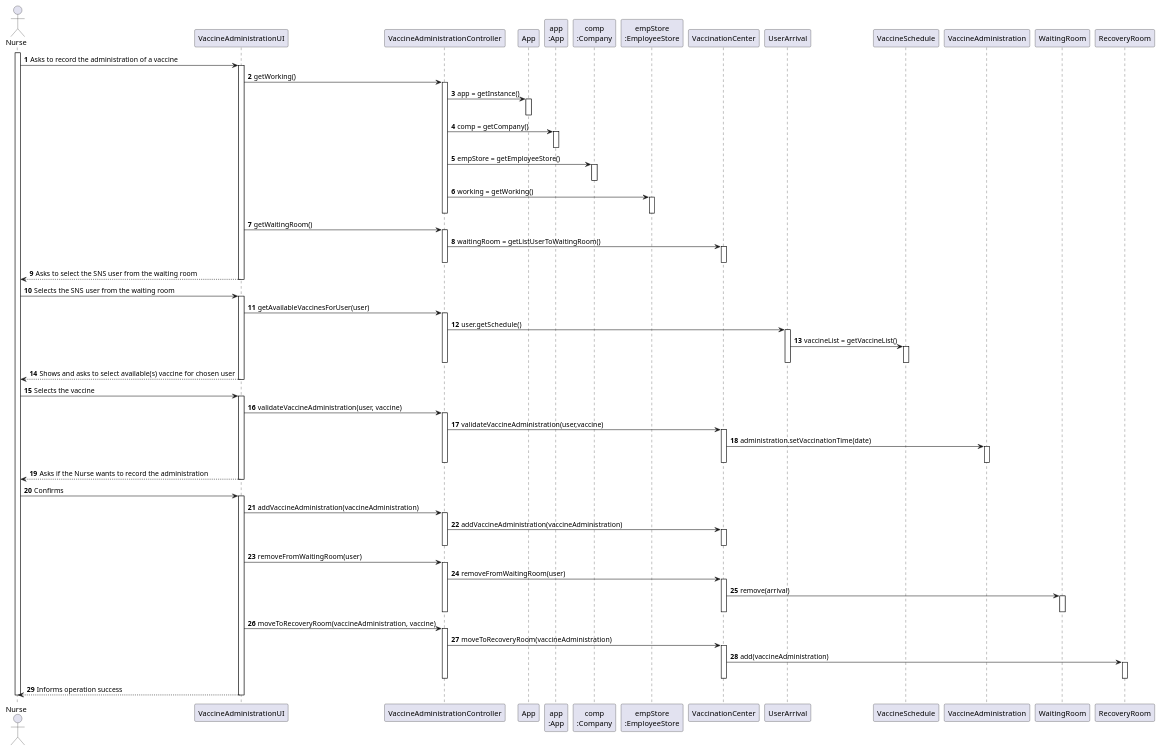
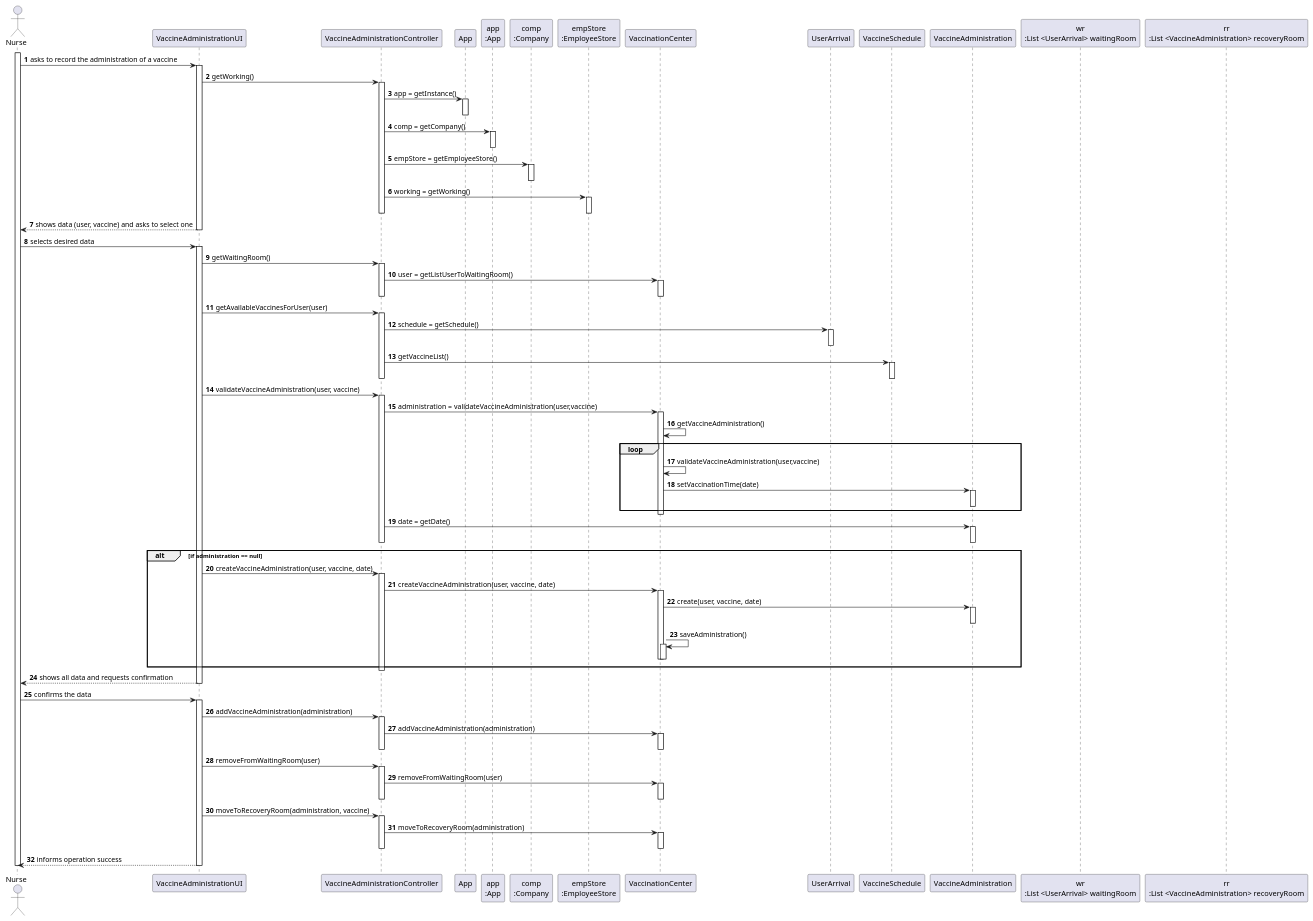
One commit to diogonapoles/isep-lapr2 changed the diagram in docs/SprintD/US8/US8_SD.puml. Above: the diagram before and after it, drawn with PlantUML. The commit also changed 13 other files, not shown here.

```diff
--- a/docs/SprintD/US8/US8_SD.puml
+++ b/docs/SprintD/US8/US8_SD.puml
@@ -1,124 +1,133 @@
 @startuml
 autonumber
 actor "Nurse" as NU
 participant "VaccineAdministrationUI" as UI
 participant "VaccineAdministrationController" as CTRL
 participant "App" as _APP
 participant "app\n:App" as APP
 participant "comp\n:Company" as COMP
 participant "empStore\n:EmployeeStore" as EMPSTORE
 participant "VaccinationCenter" as VC
 participant "UserArrival" as UA
 participant "VaccineSchedule" as VS
 participant "VaccineAdministration" as VA
-participant "WaitingRoom" as WR
-participant "RecoveryRoom" as RR
+participant "wr\n:List <UserArrival> waitingRoom"
+participant "rr\n:List <VaccineAdministration> recoveryRoom"
 
 
 
 activate NU
-NU -> UI : Asks to record the administration of a vaccine
+NU -> UI : asks to record the administration of a vaccine
 activate UI
 UI -> CTRL : getWorking()
 activate CTRL
 CTRL -> _APP : app = getInstance()
 activate _APP
 deactivate _APP
 CTRL -> APP : comp = getCompany()
 activate APP
 deactivate APP
 CTRL -> COMP : empStore = getEmployeeStore()
 activate COMP
 deactivate COMP
 CTRL -> EMPSTORE : working = getWorking()
 activate EMPSTORE
 deactivate EMPSTORE
 deactivate CTRL
-UI -> CTRL : getWaitingRoom()
-activate CTRL
-CTRL -> VC  : waitingRoom = getListUserToWaitingRoom()
-
-activate VC
-deactivate VC
 deactivate CTRL
 
 
 
-UI --> NU : Asks to select the SNS user from the waiting room
+UI --> NU : shows data (user, vaccine) and asks to select one
 deactivate UI
 
-NU -> UI : Selects the SNS user from the waiting room
+NU -> UI : selects desired data
 activate UI
+UI -> CTRL : getWaitingRoom()
+activate CTRL
+CTRL -> VC  : user = getListUserToWaitingRoom()
+activate VC
+deactivate VC
+deactivate CTRL
 UI -> CTRL : getAvailableVaccinesForUser(user)
 activate CTRL
-CTRL -> UA : user.getSchedule()
+CTRL -> UA : schedule = getSchedule()
 activate UA
-UA -> VS : vaccineList = getVaccineList()
+deactivate UA
+CTRL -> VS : getVaccineList()
 activate VS
 deactivate VS
+deactivate CTRL
+UI -> CTRL : validateVaccineAdministration(user, vaccine)
+activate CTRL
+CTRL -> VC : administration =  validateVaccineAdministration(user,vaccine)
+activate VC
+VC -> VC : getVaccineAdministration()
+loop
+VC -> VC : validateVaccineAdministration(user,vaccine)
+VC -> VA : setVaccinationTime(date)
+activate VA
+deactivate VA
+end
+deactivate VC
+CTRL -> VA : date = getDate()
+activate VA
+deactivate VA
+deactivate CTRL
 deactivate UA
+alt if administration == null
+UI -> CTRL : createVaccineAdministration(user, vaccine, date)
+activate CTRL
+    CTRL -> VC : createVaccineAdministration(user, vaccine, date)
+    activate VC
+    VC -> VA : create(user, vaccine, date)
+    activate VA
+    deactivate VA
+    VC -> VC : saveAdministration()
+    activate VC
+    deactivate VC
+    deactivate VC
+end
 deactivate CTRL
 
 
-UI --> NU : Shows and asks to select available(s) vaccine for chosen user
+UI --> NU : shows all data and requests confirmation
 deactivate UI
 
-NU -> UI : Selects the vaccine
+NU -> UI : confirms the data
+
 activate UI
-UI -> CTRL : validateVaccineAdministration(user, vaccine)
-
+UI->CTRL : addVaccineAdministration(administration)
 activate CTRL
-CTRL -> VC : validateVaccineAdministration(user,vaccine)
-activate VC
-VC -> VA : administration.setVaccinationTime(date)
-activate VA
-deactivate VA
-deactivate VC
-deactivate CTRL
-
-
-UI --> NU : Asks if the Nurse wants to record the administration
-deactivate UI
-
-NU -> UI : Confirms
-activate UI
-UI->CTRL : addVaccineAdministration(vaccineAdministration)
-activate CTRL
-CTRL->VC : addVaccineAdministration(vaccineAdministration)
+CTRL->VC : addVaccineAdministration(administration)
 activate VC
 
 
 deactivate VC
 
 
 deactivate CTRL
 UI->CTRL : removeFromWaitingRoom(user)
 activate CTRL
 CTRL->VC : removeFromWaitingRoom(user)
 activate VC
-VC -> WR : remove(arrival)
-activate WR
-deactivate WR
 
 
 deactivate VC
 
 deactivate CTRL
-UI->CTRL : moveToRecoveryRoom(vaccineAdministration, vaccine)
+UI->CTRL : moveToRecoveryRoom(administration, vaccine)
 activate CTRL
-CTRL->VC : moveToRecoveryRoom(vaccineAdministration)
+CTRL->VC : moveToRecoveryRoom(administration)
 activate VC
-VC -> RR : add(vaccineAdministration)
-activate RR
-deactivate RR
 deactivate VC
 
 
 deactivate CTRL
 
 
-UI --> NU : Informs operation success
+UI --> NU : informs operation success
 deactivate UI
 
 deactivate NU
 @enduml
```
